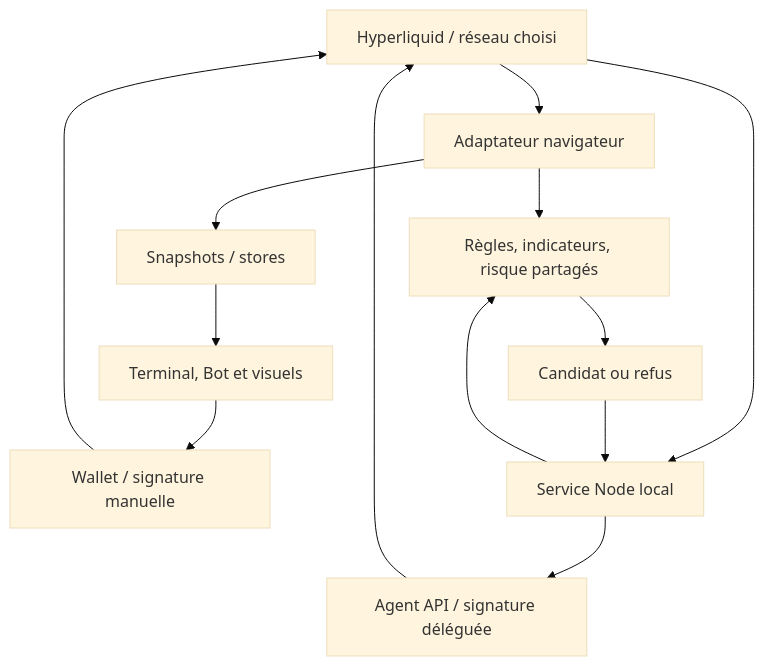
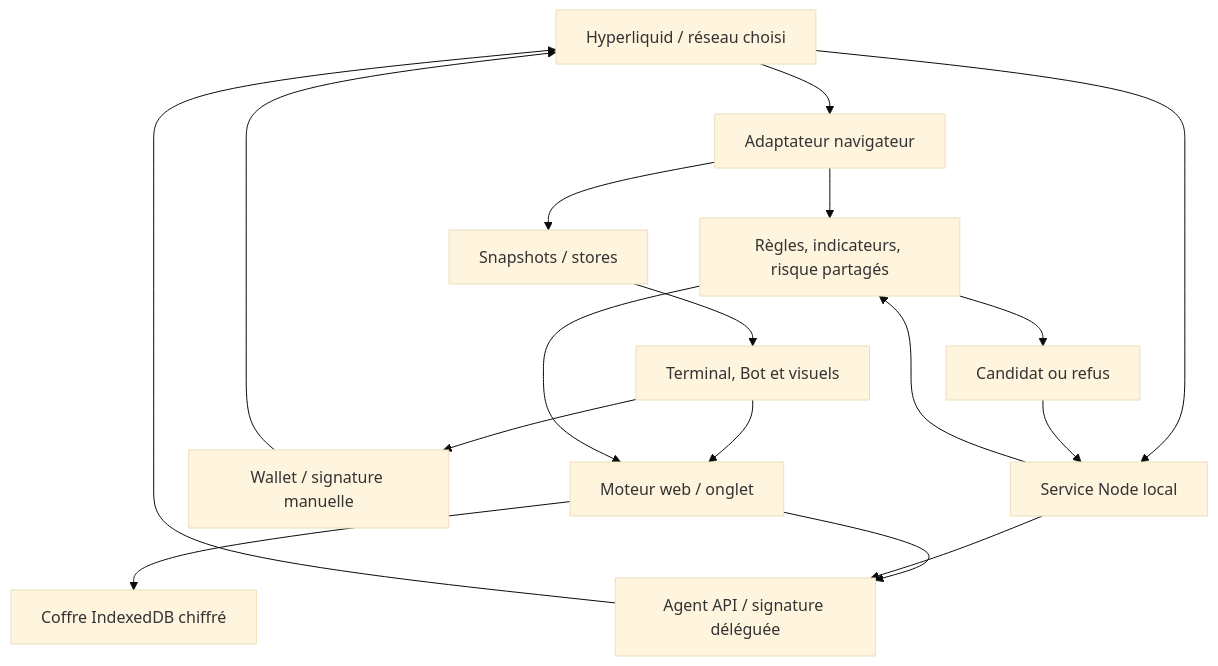
One commit to SAMIRneo/OMEGA changed the diagram in docs/ARCHITECTURE.md. Above: the diagram before and after it, drawn with Mermaid (base theme). The commit also changed other lines of this file and 32 other files, not shown here.

````diff
--- a/docs/ARCHITECTURE.md
+++ b/docs/ARCHITECTURE.md
@@ -7,15 +7,19 @@
 ```mermaid
 flowchart TD
     API["Hyperliquid / réseau choisi"] --> Browser["Adaptateur navigateur"]
     Browser --> Store["Snapshots / stores"]
     Store --> UI["Terminal, Bot et visuels"]
+    UI --> Web["Moteur web / onglet"]
+    Web --> Vault["Coffre IndexedDB chiffré"]
+    Web --> Agent
+    Rules --> Web
     UI --> Manual["Wallet / signature manuelle"]
     Manual --> API
     API --> Runner["Service Node local"]
     Browser --> Rules["Règles, indicateurs, risque partagés"]
     Runner --> Rules
     Rules --> Decision["Candidat ou refus"]
     Decision --> Runner
     Runner --> Agent["Agent API / signature déléguée"]
     Agent --> API
 ```
````
